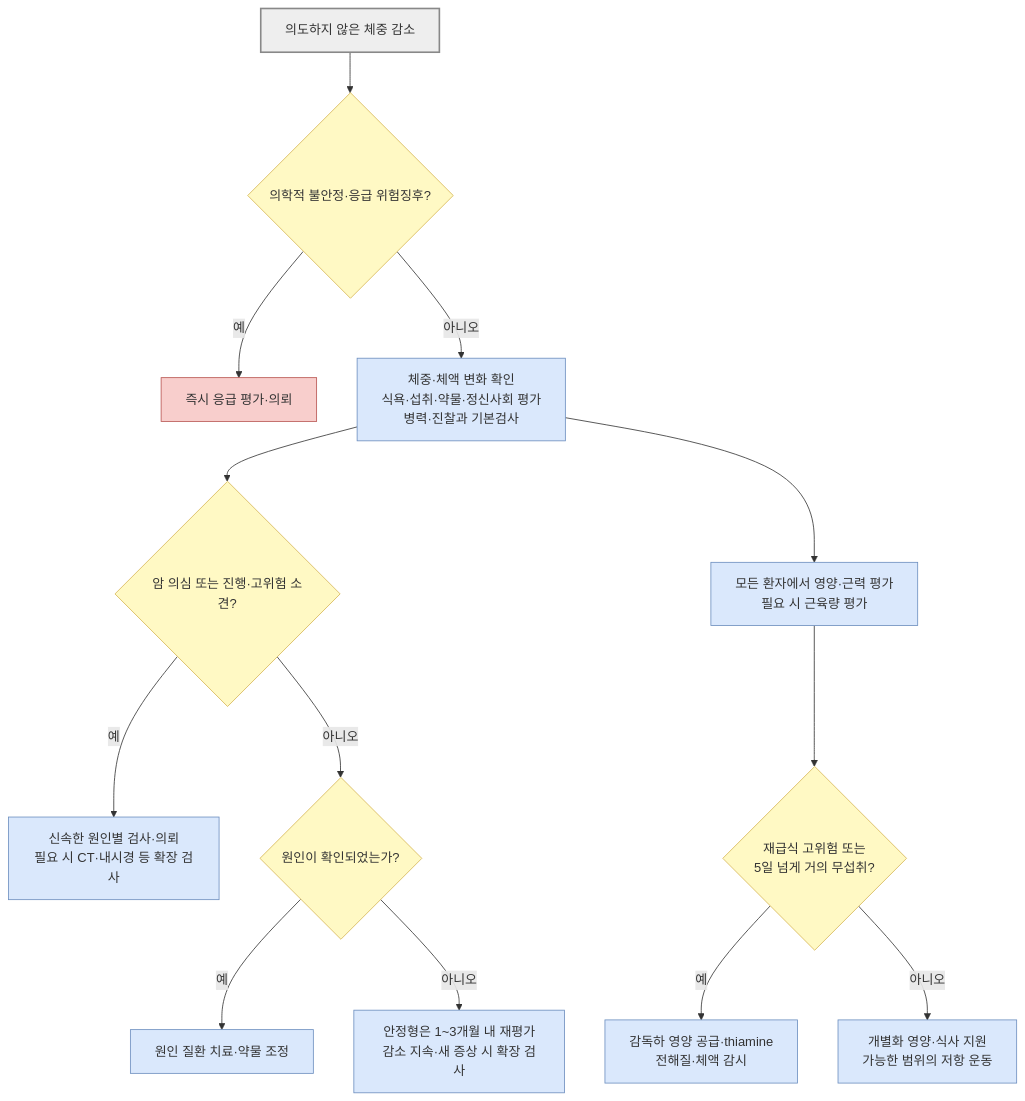
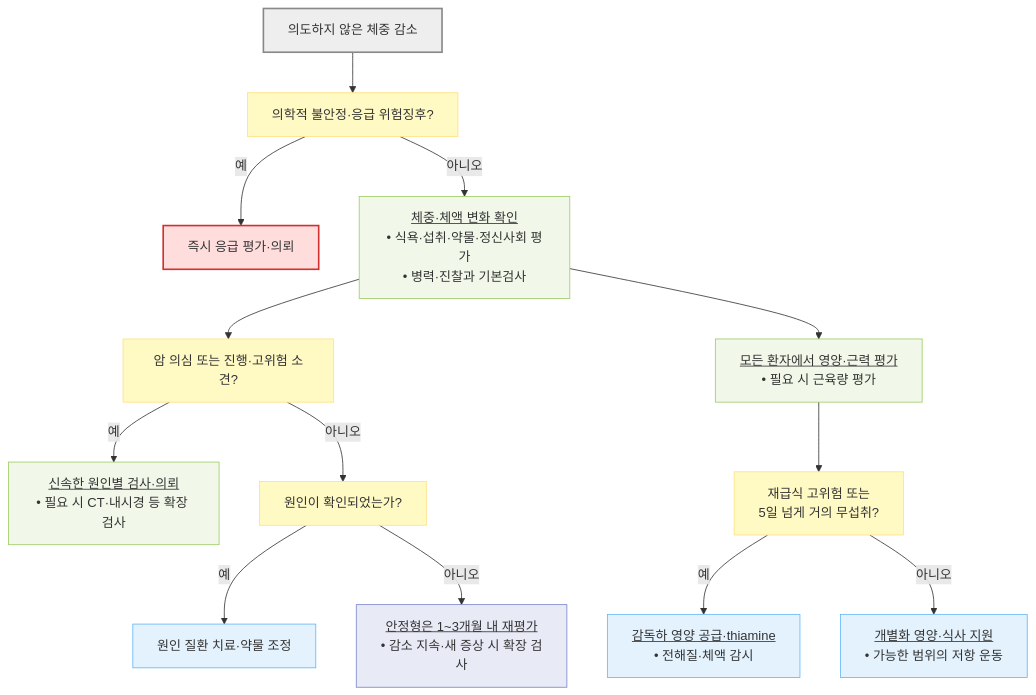
One commit to familyoh77/familyoh77 changed the diagram in 220_/013_-weight-loss.md. Above: the diagram before and after it, drawn with Mermaid. The commit also changed 13 other files, not shown here.

````diff
--- a/220_/013_-weight-loss.md
+++ b/220_/013_-weight-loss.md
@@ -168,31 +168,28 @@
 ```mermaid
 flowchart TD
-    A["의도하지 않은 체중 감소"] --> B{"의학적 불안정·응급 위험징후?"}
+    A["의도하지 않은 체중 감소"] --> B["의학적 불안정·응급 위험징후?"]
     B -- "예" --> C["즉시 응급 평가·의뢰"]
-    B -- "아니오" --> D["`체중·체액 변화 확인
-식욕·섭취·약물·정신사회 평가
-병력·진찰과 기본검사`"]
-    D --> E{"암 의심 또는 진행·고위험 소견?"}
-    E -- "예" --> F["`신속한 원인별 검사·의뢰
-필요 시 CT·내시경 등 확장 검사`"]
-    E -- "아니오" --> G{"원인이 확인되었는가?"}
+    B -- "아니오" --> D["<u>체중·체액 변화 확인</u><br/>• 식욕·섭취·약물·정신사회 평가<br/>• 병력·진찰과 기본검사"]
+    D --> E["암 의심 또는 진행·고위험 소견?"]
+    E -- "예" --> F["<u>신속한 원인별 검사·의뢰</u><br/>• 필요 시 CT·내시경 등 확장 검사"]
+    E -- "아니오" --> G["원인이 확인되었는가?"]
     G -- "예" --> H["원인 질환 치료·약물 조정"]
-    G -- "아니오" --> I["`안정형은 1~3개월 내 재평가
-감소 지속·새 증상 시 확장 검사`"]
-    D --> J["`모든 환자에서 영양·근력 평가
-필요 시 근육량 평가`"]
-    J --> K{"`재급식 고위험 또는
-5일 넘게 거의 무섭취?`"}
-    K -- "예" --> L["`감독하 영양 공급·thiamine
-전해질·체액 감시`"]
-    K -- "아니오" --> M["`개별화 영양·식사 지원
-가능한 범위의 저항 운동`"]
-    classDef start fill:#eee,stroke:#888,stroke-width:2px
-    classDef decision fill:#fff9c4,stroke:#d6b656
-    classDef emergency fill:#f8cecc,stroke:#b85450
-    classDef treatment fill:#dae8fc,stroke:#6c8ebf
+    G -- "아니오" --> I["<u>안정형은 1~3개월 내 재평가</u><br/>• 감소 지속·새 증상 시 확장 검사"]
+    D --> J["<u>모든 환자에서 영양·근력 평가</u><br/>• 필요 시 근육량 평가"]
+    J --> K["재급식 고위험 또는<br/>5일 넘게 거의 무섭취?"]
+    K -- "예" --> L["<u>감독하 영양 공급·thiamine</u><br/>• 전해질·체액 감시"]
+    K -- "아니오" --> M["<u>개별화 영양·식사 지원</u><br/>• 가능한 범위의 저항 운동"]
+
+    classDef start fill:#eeeeee,stroke:#888888,stroke-width:2px
+    classDef question fill:#fff9c4,stroke:#ffe082
+    classDef emergency fill:#ffdddd,stroke:#d32f2f,stroke-width:2px
+    classDef evaluation fill:#f1f8e9,stroke:#9ccc65
+    classDef treatment fill:#e3f2fd,stroke:#64b5f6
+    classDef followup fill:#e8eaf6,stroke:#7986cb
     class A start
-    class B,E,G,K decision
+    class B,E,G,K question
     class C emergency
-    class D,F,H,I,J,L,M treatment
+    class D,F,J evaluation
+    class H,L,M treatment
+    class I followup
 ```
````
